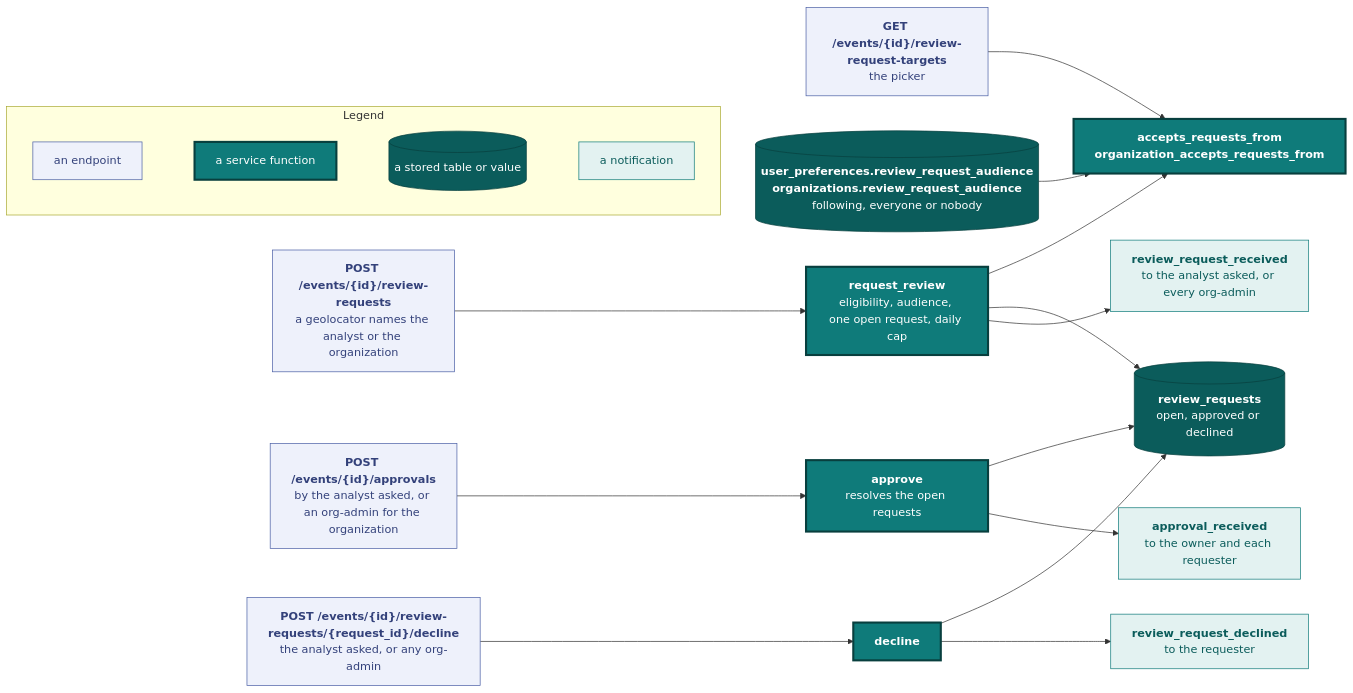
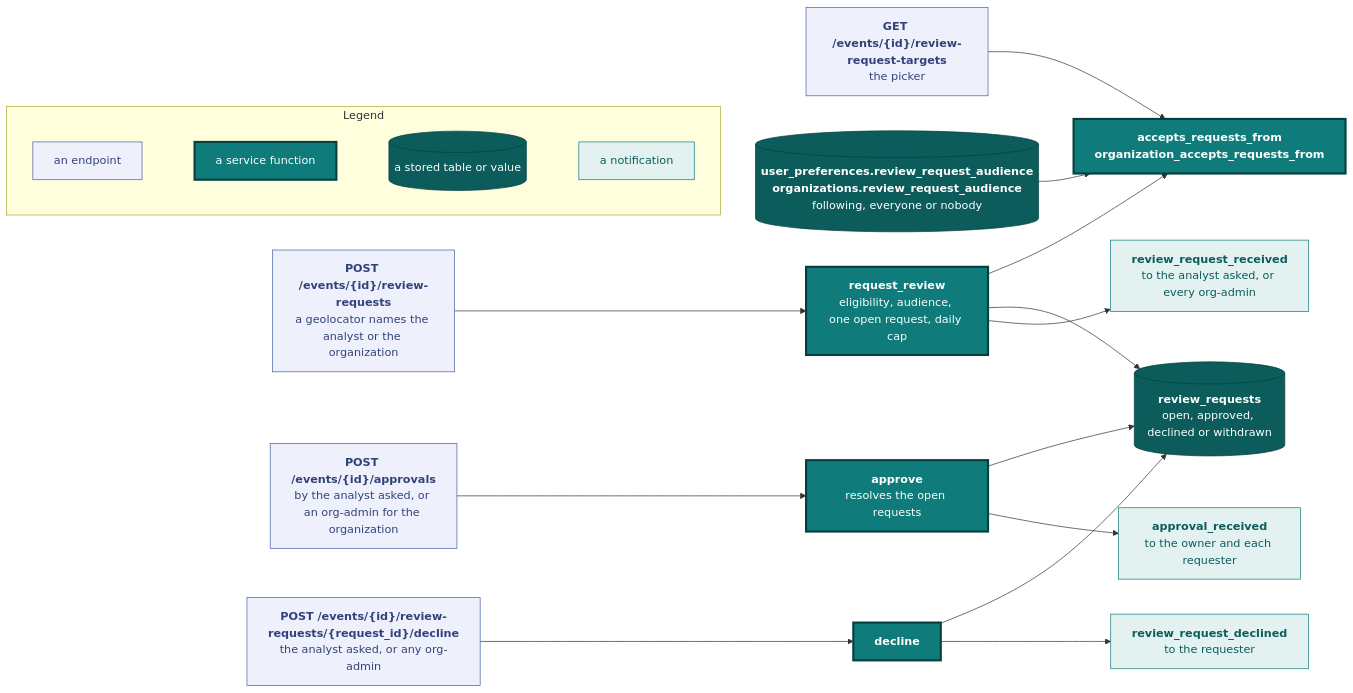
One commit to vidithq/vidit changed the fifth of 8 diagrams in docs/api.md. Above: the diagram before and after it, drawn with Mermaid. The commit also changed other lines of this file and 6 other files, not shown here.

````diff
--- a/docs/api.md
+++ b/docs/api.md
@@ -1576,53 +1576,53 @@
 ```mermaid
 flowchart LR
   classDef spec fill:#eef1fb,stroke:#4a5fa5,color:#33417a
   classDef core fill:#0f7b7a,stroke:#083f3e,stroke-width:3px,color:#ffffff
   classDef store fill:#0b5c5b,stroke:#083f3e,color:#ffffff
   classDef shared fill:#e3f2f1,stroke:#0f7b7a,color:#0b5c5b
 
   subgraph legend [Legend]
     direction LR
     l1["`an endpoint`"]:::spec
     l2["`a service function`"]:::core
     l3[("`a stored table or value`")]:::store
     l4["`a notification`"]:::shared
     l1 ~~~ l2 ~~~ l3 ~~~ l4
   end
 
   ask["`**POST /events/{id}/review-requests**
   a geolocator names the analyst or the organization`"]:::spec
   targets["`**GET /events/{id}/review-request-targets**
   the picker`"]:::spec
   approve["`**POST /events/{id}/approvals**
   by the analyst asked, or an org-admin for the organization`"]:::spec
   declineep["`**POST /events/{id}/review-requests/{request_id}/decline**
   the analyst asked, or any org-admin`"]:::spec
   audience[("`**user_preferences.review_request_audience**
   **organizations.review_request_audience**
   following, everyone or nobody`")]:::store
   request["`**request_review**
   eligibility, audience, one open request, daily cap`"]:::core
   admits["`**accepts_requests_from**
   **organization_accepts_requests_from**`"]:::core
   place["`**approve**
   resolves the open requests`"]:::core
   decline["`**decline**`"]:::core
   rows[("`**review_requests**
-  open, approved or declined`")]:::store
+  open, approved, declined or withdrawn`")]:::store
   received["`**review_request_received**
   to the analyst asked, or every org-admin`"]:::shared
   approved["`**approval_received**
   to the owner and each requester`"]:::shared
   declined["`**review_request_declined**
   to the requester`"]:::shared
 
   audience --> admits
   targets --> admits
   ask --> request --> admits
   request --> rows
   request --> received
   approve --> place --> rows
   place --> approved
   declineep --> decline --> rows
   decline --> declined
 ```
````
